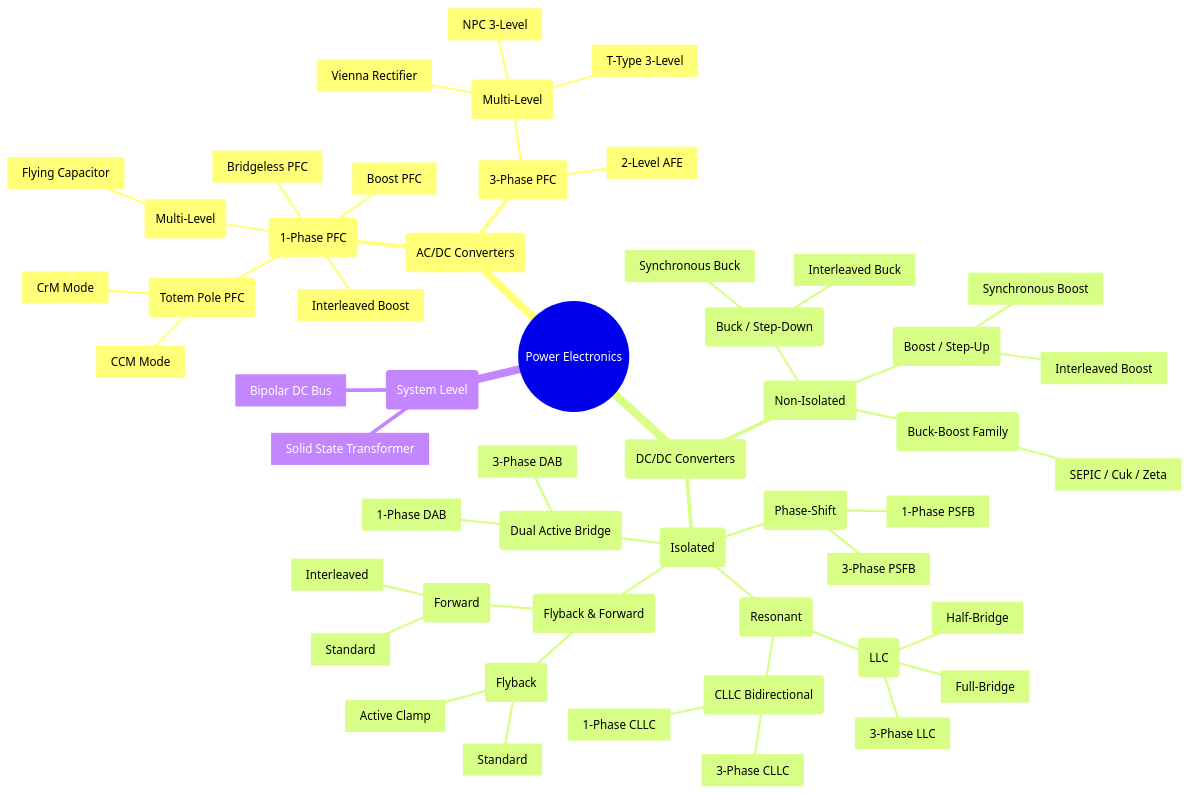
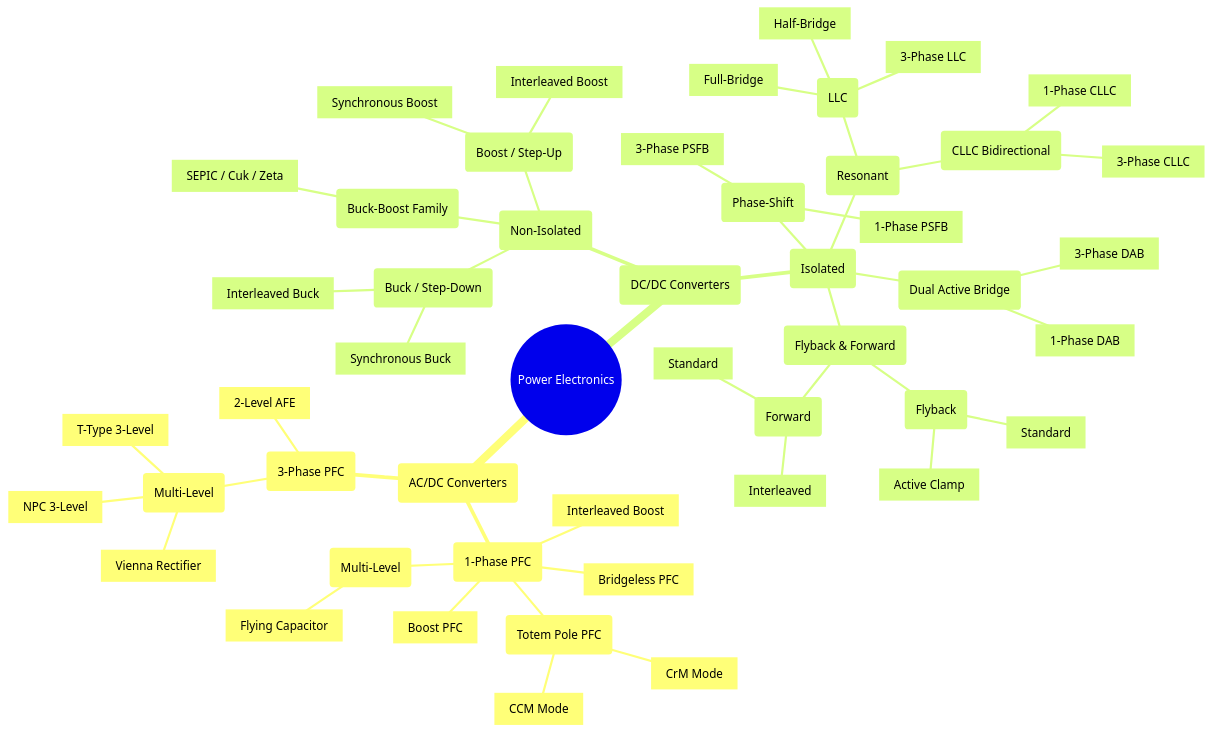
One commit to LongHBNguyen1518/power_electronics_system changed the diagram in Implementation_Plan.md. Above: the diagram before and after it, drawn with Mermaid. The commit also changed 1 other file, not shown here.

Commit message:
updating plans

````diff
--- a/Implementation_Plan.md
+++ b/Implementation_Plan.md
@@ -50,55 +50,52 @@
 ```mermaid
 mindmap
   root((Power Electronics))
     AC_DC(AC/DC Converters)
       1_Phase(1-Phase PFC)
         Basic_PFC[Boost PFC]
         Interleaved_PFC[Interleaved Boost]
         Bridgeless_PFC[Bridgeless PFC]
         Totem_Pole(Totem Pole PFC)
           TP_CCM[CCM Mode]
           TP_CrM[CrM Mode]
         Multi_Level_1Ph(Multi-Level)
           FC_1Ph[Flying Capacitor]
       3_Phase(3-Phase PFC)
         2_Level[2-Level AFE]
         Multi_Level_3Ph(Multi-Level)
           Vienna[Vienna Rectifier]
           NPC[NPC 3-Level]
           T_Type[T-Type 3-Level]
     DC_DC(DC/DC Converters)
       Non_Isolated(Non-Isolated)
         Buck(Buck / Step-Down)
           Sync_Buck[Synchronous Buck]
           Int_Buck[Interleaved Buck]
         Boost(Boost / Step-Up)
           Sync_Boost[Synchronous Boost]
           Int_Boost[Interleaved Boost]
         Buck_Boost(Buck-Boost Family)
           SEPIC_Cuk[SEPIC / Cuk / Zeta]
       Isolated(Isolated)
         Resonant(Resonant)
           LLC(LLC)
             LLC_HB[Half-Bridge]
             LLC_FB[Full-Bridge]
             LLC_3Ph[3-Phase LLC]
           CLLC(CLLC Bidirectional)
             CLLC_1Ph[1-Phase CLLC]
             CLLC_3Ph[3-Phase CLLC]
         Phase_Shift(Phase-Shift)
           PSFB_1Ph[1-Phase PSFB]
           PSFB_3Ph[3-Phase PSFB]
         DAB(Dual Active Bridge)
           DAB_1Ph[1-Phase DAB]
           DAB_3Ph[3-Phase DAB]
         Flyback_Forward(Flyback & Forward)
           Flyback(Flyback)
             Std_Flyback[Standard]
             ACF[Active Clamp]
           Forward(Forward)
             Std_Forward[Standard]
             Int_Forward[Interleaved]
-    System(System Level)
-      Bipolar[Bipolar DC Bus]
-      SST[Solid State Transformer]
 ```
````
